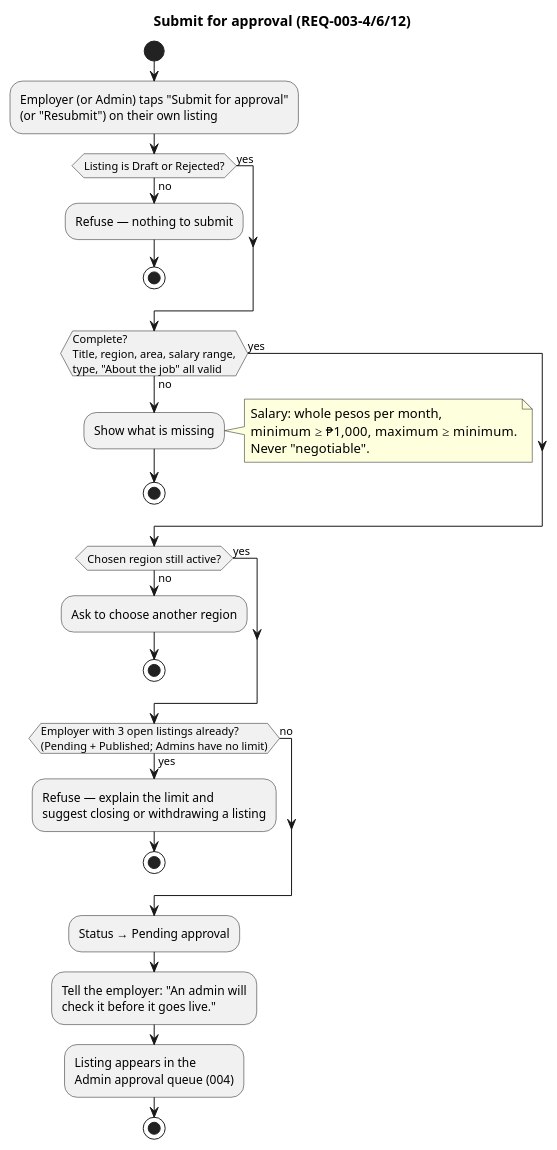
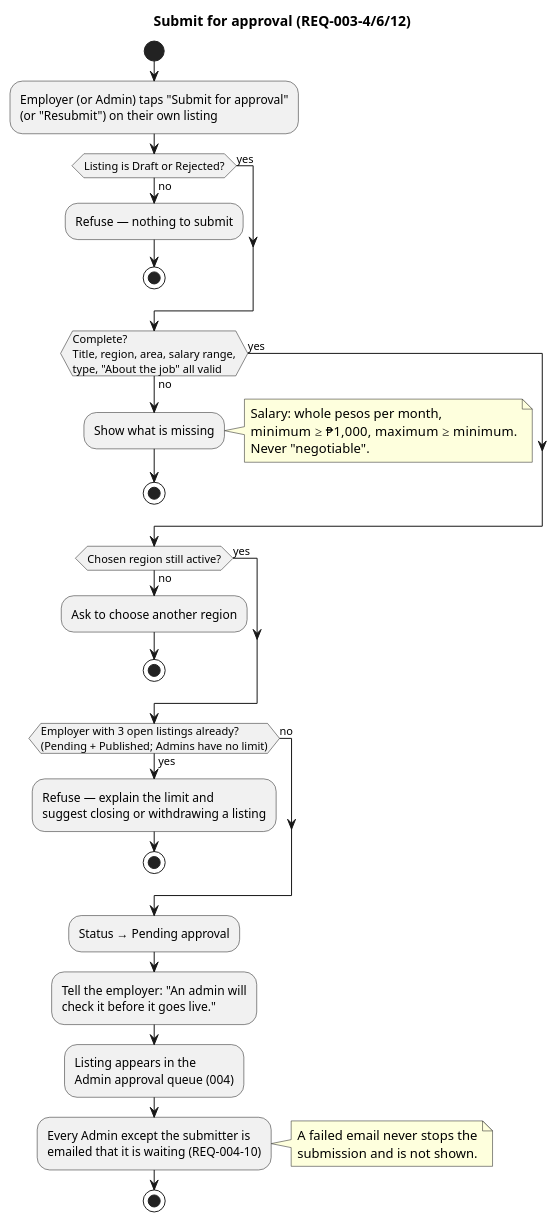
One commit to raseniero/jairojobs-elixir changed the diagram in docs/specs/003-listings-employer-posting/diagrams/activity-submit-for-approval.puml. Above: the diagram before and after it, drawn with PlantUML. The commit also changed 16 other files, not shown here.

Commit message:
feat(listings): email admins when a listing is submitted (REQ-004-10)

```diff
--- a/docs/specs/003-listings-employer-posting/diagrams/activity-submit-for-approval.puml
+++ b/docs/specs/003-listings-employer-posting/diagrams/activity-submit-for-approval.puml
@@ -1,40 +1,46 @@
 @startuml activity-submit-for-approval
 ' Spec 003 — what a complete listing is, submitting, the free-tier limit (REQ-003-4, -6, -12)
 title Submit for approval (REQ-003-4/6/12)
 
 start
 :Employer (or Admin) taps "Submit for approval"
 (or "Resubmit") on their own listing;
 if (Listing is Draft or Rejected?) then (no)
   :Refuse — nothing to submit;
   stop
 else (yes)
 endif
 if (Complete?\nTitle, region, area, salary range,\ntype, "About the job" all valid) then (no)
   :Show what is missing;
   note right
     Salary: whole pesos per month,
     minimum ≥ ₱1,000, maximum ≥ minimum.
     Never "negotiable".
   end note
   stop
 else (yes)
 endif
 if (Chosen region still active?) then (no)
   :Ask to choose another region;
   stop
 else (yes)
 endif
 if (Employer with 3 open listings already?\n(Pending + Published; Admins have no limit)) then (yes)
   :Refuse — explain the limit and
   suggest closing or withdrawing a listing;
   stop
 else (no)
 endif
 :Status → Pending approval;
 :Tell the employer: "An admin will
 check it before it goes live.";
 :Listing appears in the
 Admin approval queue (004);
+:Every Admin except the submitter is
+emailed that it is waiting (REQ-004-10);
+note right
+  A failed email never stops the
+  submission and is not shown.
+end note
 stop
 @enduml
```
